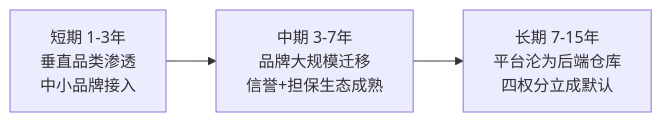
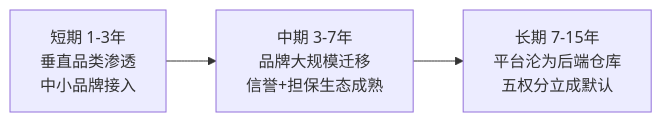
Before and after one commit to kaicen-x/ai-shopping-paradigm: the sixth of 7 diagrams in 中文简体/AI购物新范式.md, drawn with Mermaid. The commit also changed other lines of this file and 15 other files, not shown here.

````diff
--- a/中文简体/AI购物新范式.md
+++ b/中文简体/AI购物新范式.md
@@ -215,7 +217,7 @@
 ```mermaid
 graph LR
     S[短期 1-3年<br/>垂直品类渗透<br/>中小品牌接入]
     M[中期 3-7年<br/>品牌大规模迁移<br/>信誉+担保生态成熟]
-    L[长期 7-15年<br/>平台沦为后端仓库<br/>四权分立成默认]
+    L[长期 7-15年<br/>平台沦为后端仓库<br/>五权分立成默认]
     S --> M --> L
 ```
````
